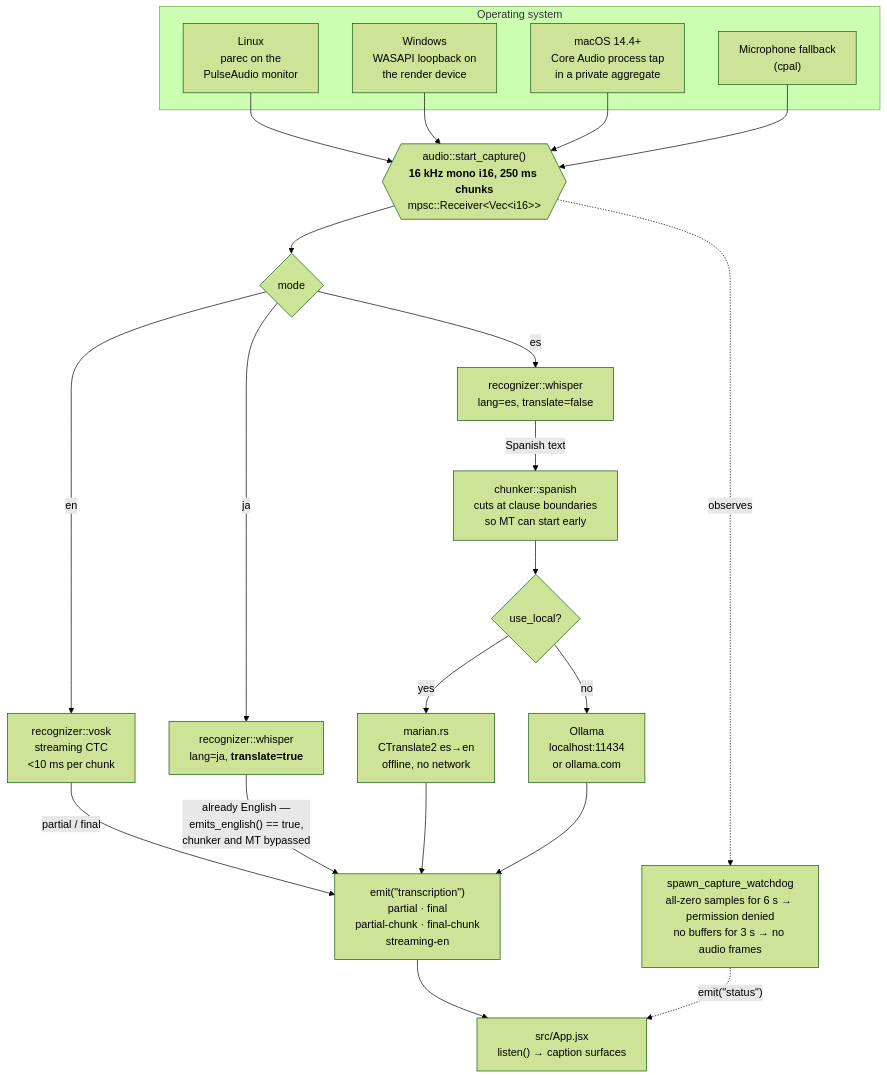
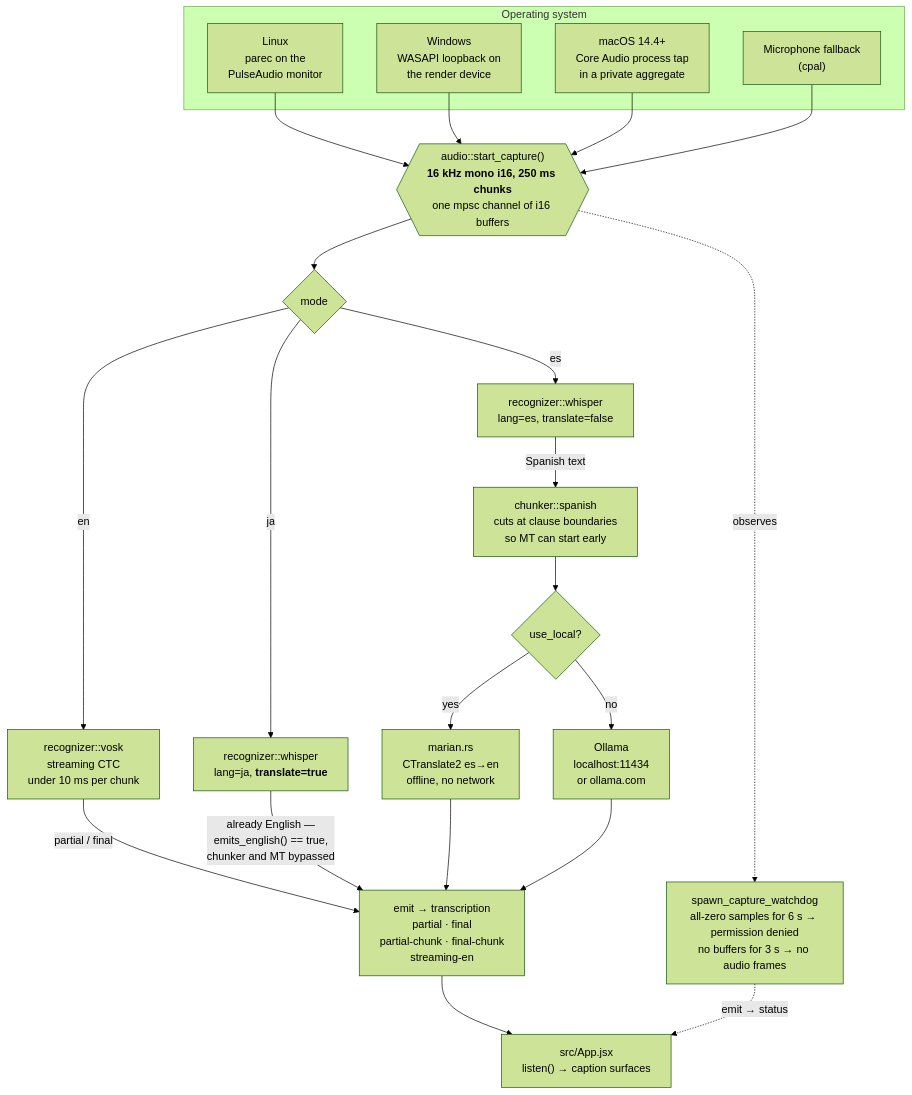
One commit to Pager-dot/vid_translate changed the first of 4 diagrams in README.md. Above: the diagram before and after it, drawn with Mermaid (forest theme). The commit also changed other lines of this file, not shown here.

Commit message:
docs: fix Mermaid labels GitHub refuses to render
GitHub decodes HTML entities before handing the block to Mermaid, so
&quot; became a literal double quote that terminated the node label
early:

  Parse error on line 30:
  ...emit("transcription")<br/>partial · fina...
  -----------------------^

The locally-installed Mermaid accepts the entity form, which is why this
passed validation before the push. Replaced the quoted emit labels with
an arrow form that needs no quote characters.

Same class of problem with the angle brackets: &lt;Vec&lt;i16&gt;&gt;
decodes to a literal <i16>, which the renderer then treats as an unknown
HTML tag and drops from the label. Reworded those to prose instead.

The validator now parses every block twice, once as written and once
entity-decoded, which is what GitHub actually does.

````diff
--- a/README.md
+++ b/README.md
@@ -138,40 +138,40 @@
 ```mermaid
 flowchart TD
     subgraph OS["Operating system"]
         LIN["Linux<br/>parec on the<br/>PulseAudio monitor"]
         WIN["Windows<br/>WASAPI loopback on<br/>the render device"]
         MAC["macOS 14.4+<br/>Core Audio process tap<br/>in a private aggregate"]
         MIC["Microphone fallback<br/>(cpal)"]
     end
 
     LIN --> CAP
     WIN --> CAP
     MAC --> CAP
     MIC --> CAP
 
-    CAP{{"audio::start_capture()<br/><b>16 kHz mono i16, 250 ms chunks</b><br/>mpsc::Receiver&lt;Vec&lt;i16&gt;&gt;"}}
+    CAP{{"audio::start_capture()<br/><b>16 kHz mono i16, 250 ms chunks</b><br/>one mpsc channel of i16 buffers"}}
 
     CAP --> MODE{"mode"}
 
-    MODE -->|"en"| VOSK["recognizer::vosk<br/>streaming CTC<br/>&lt;10 ms per chunk"]
+    MODE -->|"en"| VOSK["recognizer::vosk<br/>streaming CTC<br/>under 10 ms per chunk"]
     MODE -->|"ja"| WJA["recognizer::whisper<br/>lang=ja, <b>translate=true</b>"]
     MODE -->|"es"| WES["recognizer::whisper<br/>lang=es, translate=false"]
 
     VOSK -->|"partial / final"| EV
     WJA -->|"already English —<br/>emits_english() == true,<br/>chunker and MT bypassed"| EV
 
     WES -->|"Spanish text"| CHUNK["chunker::spanish<br/>cuts at clause boundaries<br/>so MT can start early"]
     CHUNK --> XL{"use_local?"}
     XL -->|"yes"| MAR["marian.rs<br/>CTranslate2 es→en<br/>offline, no network"]
     XL -->|"no"| OLL["Ollama<br/>localhost:11434<br/>or ollama.com"]
     MAR --> EV
     OLL --> EV
 
-    EV["emit(&quot;transcription&quot;)<br/>partial · final<br/>partial-chunk · final-chunk<br/>streaming-en"]
+    EV["emit → transcription<br/>partial · final<br/>partial-chunk · final-chunk<br/>streaming-en"]
 
     EV --> UI["src/App.jsx<br/>listen() → caption surfaces"]
 
     WD["spawn_capture_watchdog<br/>all-zero samples for 6 s → permission denied<br/>no buffers for 3 s → no audio frames"]
     CAP -.->|"observes"| WD
-    WD -.->|"emit(&quot;status&quot;)"| UI
+    WD -.->|"emit → status"| UI
 ```
````
